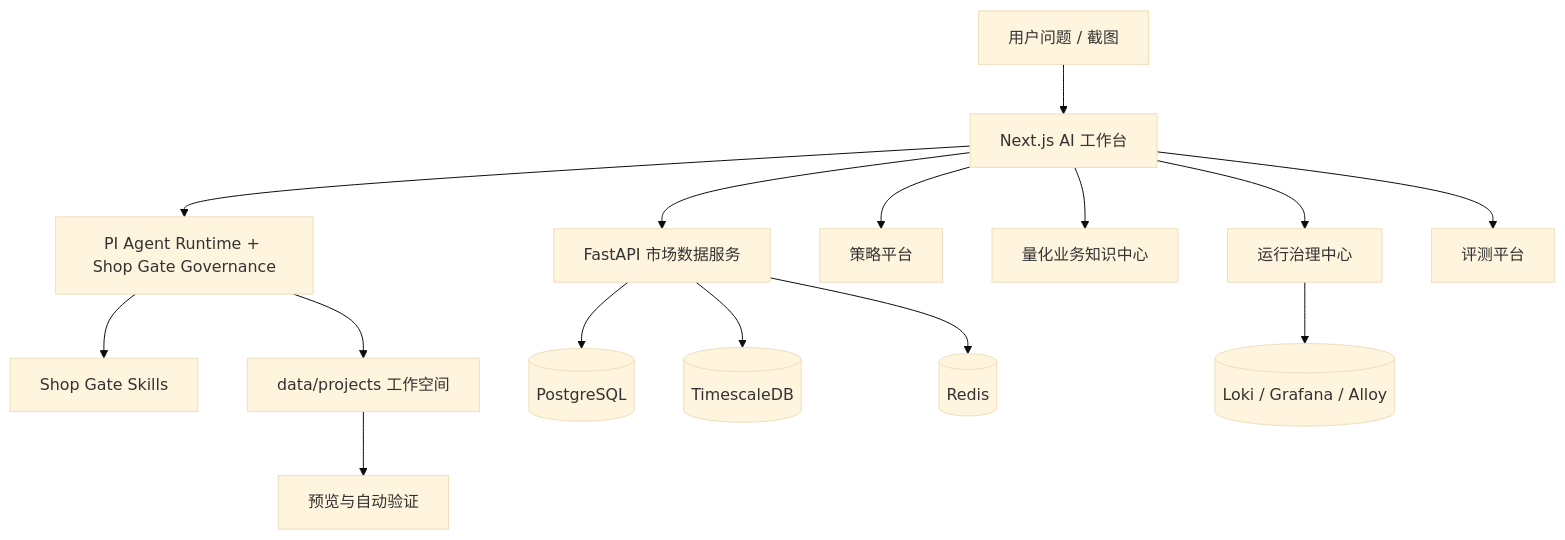
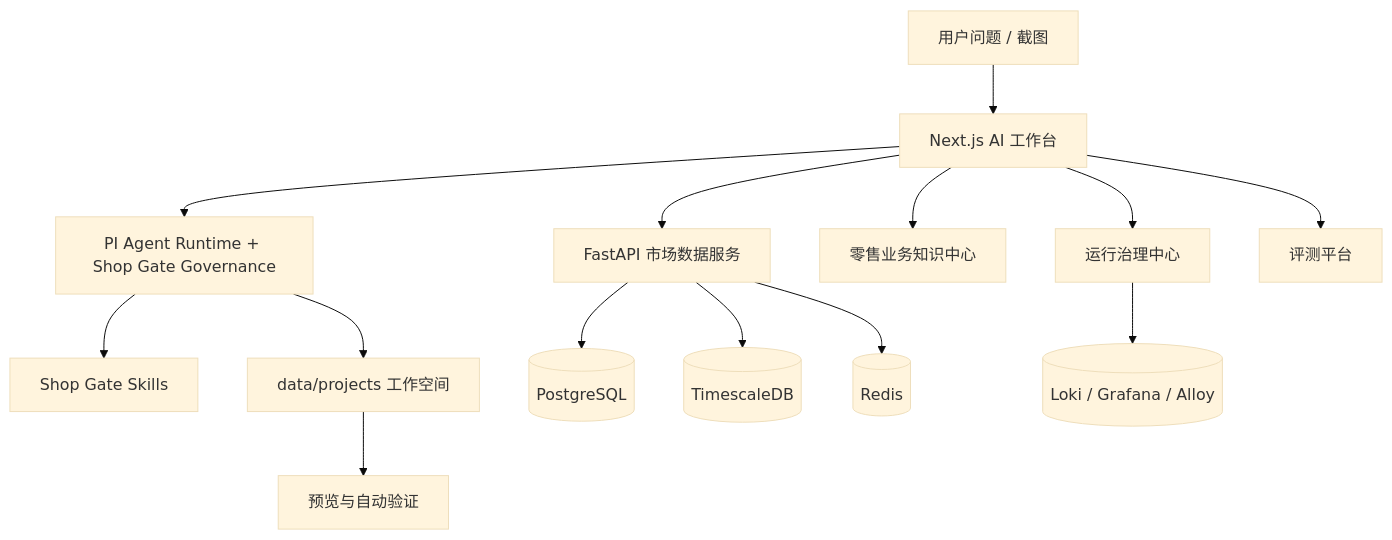
Before and after one commit to betterkite/shop-gate: the diagram in docs/README.md, drawn with Mermaid (base theme). The commit also changed other lines of this file and 108 other files, not shown here.

````diff
--- a/docs/README.md
+++ b/docs/README.md
@@ -96,17 +93,16 @@
 ```mermaid
 flowchart TB
   U[用户问题 / 截图] --> W[Next.js AI 工作台]
   W --> R[PI Agent Runtime + Shop Gate Governance]
   R --> SK[Shop Gate Skills]
   W --> MD[FastAPI 市场数据服务]
   MD --> PG[(PostgreSQL)]
   MD --> TS[(TimescaleDB)]
   MD --> RD[(Redis)]
   OP --> LK[(Loki / Grafana / Alloy)]
   R --> WS[data/projects 工作空间]
   WS --> V[预览与自动验证]
-  W --> SP[策略平台]
-  W --> DP[量化业务知识中心]
+  W --> DP[零售业务知识中心]
   W --> OP[运行治理中心]
   W --> EP[评测平台]
 ```
````
